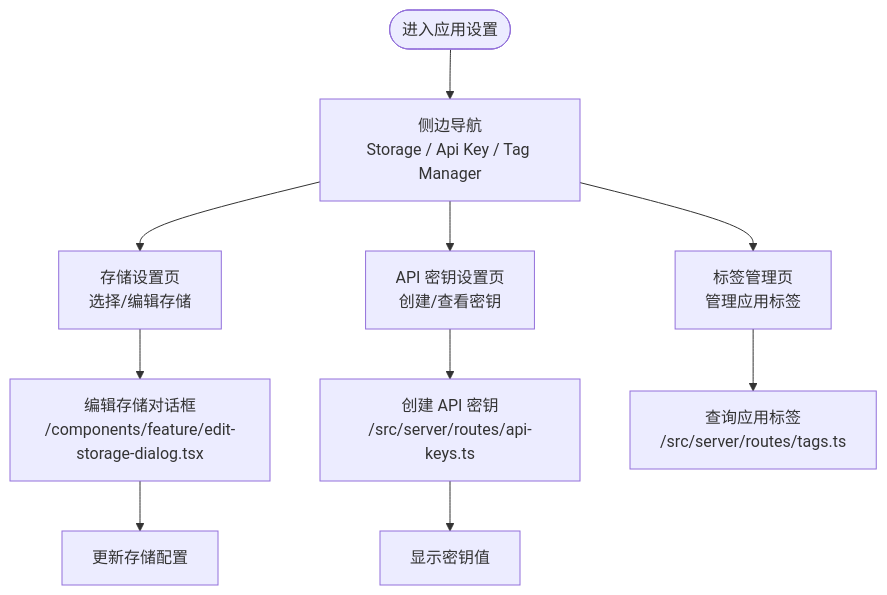
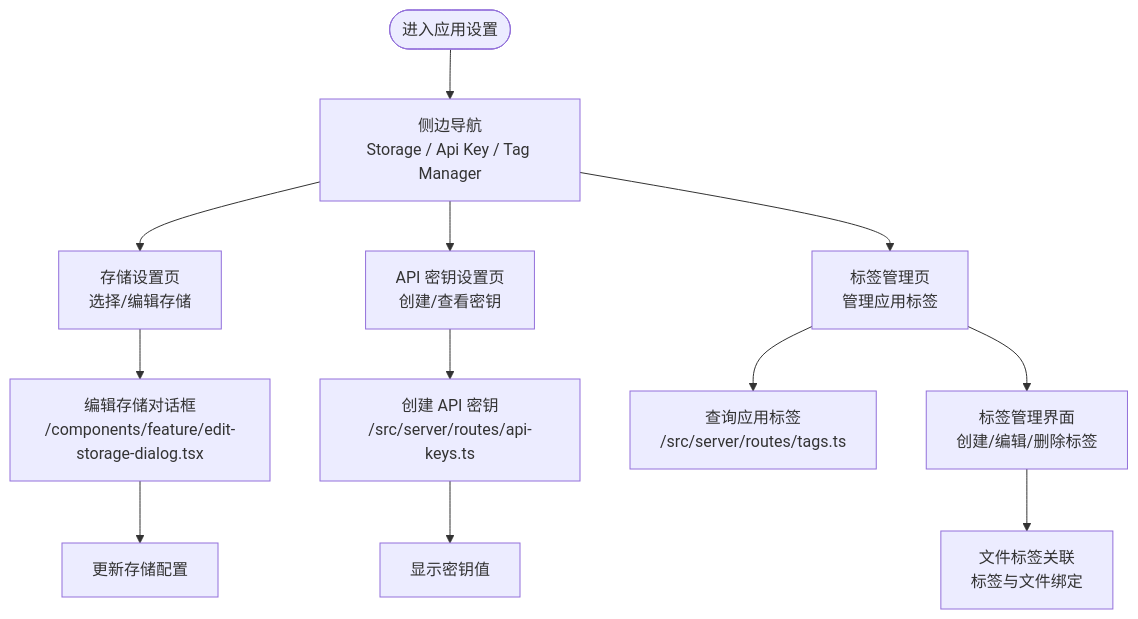
Before and after one commit to RadiumAg/image-saas: the fourth of 12 diagrams in .qoder/repowiki/zh/content/核心功能模块/应用管理系统.md, drawn with Mermaid. The commit also changed other lines of this file and 3 other files, not shown here.

````diff
--- a/.qoder/repowiki/zh/content/核心功能模块/应用管理系统.md
+++ b/.qoder/repowiki/zh/content/核心功能模块/应用管理系统.md
@@ -245,12 +263,14 @@
 ```mermaid
 flowchart TD
 Start(["进入应用设置"]) --> Nav["侧边导航<br/>Storage / Api Key / Tag Manager"]
 Nav --> Storage["存储设置页<br/>选择/编辑存储"]
 Nav --> ApiKey["API 密钥设置页<br/>创建/查看密钥"]
 Nav --> TagMgr["标签管理页<br/>管理应用标签"]
 Storage --> EditDlg["编辑存储对话框<br/>/components/feature/edit-storage-dialog.tsx"]
 ApiKey --> CreateKey["创建 API 密钥<br/>/src/server/routes/api-keys.ts"]
 TagMgr --> ListTags["查询应用标签<br/>/src/server/routes/tags.ts"]
+TagMgr --> ManageTags["标签管理界面<br/>创建/编辑/删除标签"]
+ManageTags --> FileTags["文件标签关联<br/>标签与文件绑定"]
 EditDlg --> Save["更新存储配置"]
 CreateKey --> ViewKey["显示密钥值"]
 ```
````
